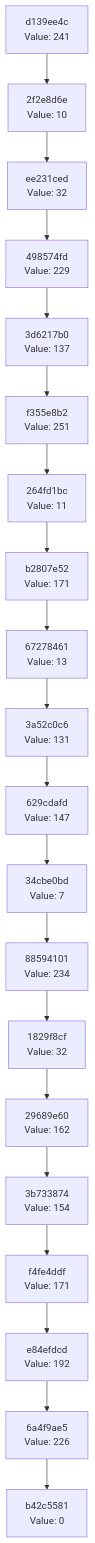
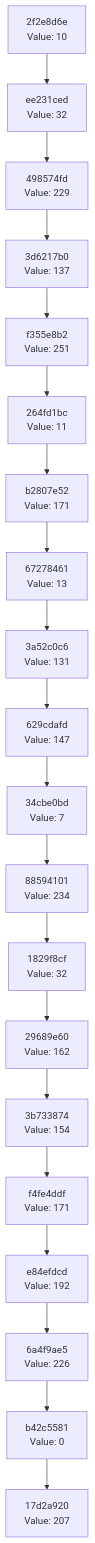
The diagram in docs/CHAIN_VISUALIZATION.md (Abhisheksinha1506/hash-chain-evolver), drawn with Mermaid before and after one commit. The commit also changed 2 other files, not shown here.

Commit message:
Evolution step: hash 0xCF → action executed

````diff
--- a/docs/CHAIN_VISUALIZATION.md
+++ b/docs/CHAIN_VISUALIZATION.md
@@ -3,42 +3,42 @@
 ```mermaid
 graph TD
-    C0["b42c5581<br/>Value: 0"]
-    C1["6a4f9ae5<br/>Value: 226"]
+    C0["17d2a920<br/>Value: 207"]
+    C1["b42c5581<br/>Value: 0"]
     C1 --> C0
-    C2["e84efdcd<br/>Value: 192"]
+    C2["6a4f9ae5<br/>Value: 226"]
     C2 --> C1
-    C3["f4fe4ddf<br/>Value: 171"]
+    C3["e84efdcd<br/>Value: 192"]
     C3 --> C2
-    C4["3b733874<br/>Value: 154"]
+    C4["f4fe4ddf<br/>Value: 171"]
     C4 --> C3
-    C5["29689e60<br/>Value: 162"]
+    C5["3b733874<br/>Value: 154"]
     C5 --> C4
-    C6["1829f8cf<br/>Value: 32"]
+    C6["29689e60<br/>Value: 162"]
     C6 --> C5
-    C7["88594101<br/>Value: 234"]
+    C7["1829f8cf<br/>Value: 32"]
     C7 --> C6
-    C8["34cbe0bd<br/>Value: 7"]
+    C8["88594101<br/>Value: 234"]
     C8 --> C7
-    C9["629cdafd<br/>Value: 147"]
+    C9["34cbe0bd<br/>Value: 7"]
     C9 --> C8
-    C10["3a52c0c6<br/>Value: 131"]
+    C10["629cdafd<br/>Value: 147"]
     C10 --> C9
-    C11["67278461<br/>Value: 13"]
+    C11["3a52c0c6<br/>Value: 131"]
     C11 --> C10
-    C12["b2807e52<br/>Value: 171"]
+    C12["67278461<br/>Value: 13"]
     C12 --> C11
-    C13["264fd1bc<br/>Value: 11"]
+    C13["b2807e52<br/>Value: 171"]
     C13 --> C12
-    C14["f355e8b2<br/>Value: 251"]
+    C14["264fd1bc<br/>Value: 11"]
     C14 --> C13
-    C15["3d6217b0<br/>Value: 137"]
+    C15["f355e8b2<br/>Value: 251"]
     C15 --> C14
-    C16["498574fd<br/>Value: 229"]
+    C16["3d6217b0<br/>Value: 137"]
     C16 --> C15
-    C17["ee231ced<br/>Value: 32"]
+    C17["498574fd<br/>Value: 229"]
     C17 --> C16
-    C18["2f2e8d6e<br/>Value: 10"]
+    C18["ee231ced<br/>Value: 32"]
     C18 --> C17
-    C19["d139ee4c<br/>Value: 241"]
+    C19["2f2e8d6e<br/>Value: 10"]
     C19 --> C18
 ```
````
